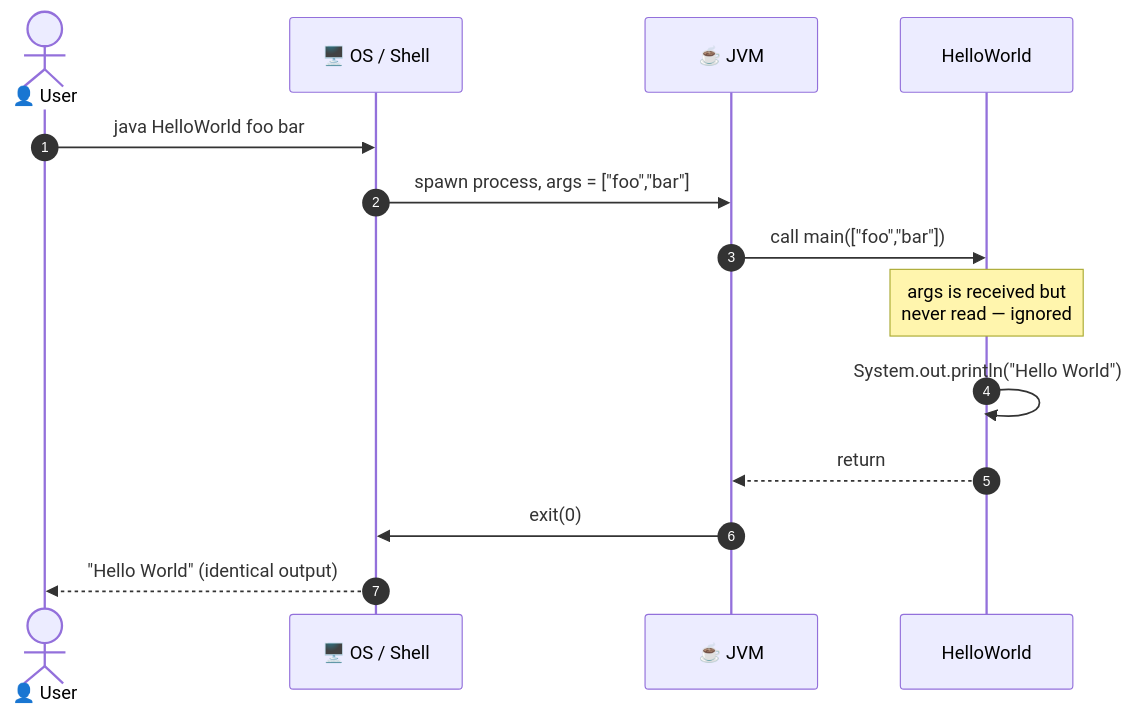
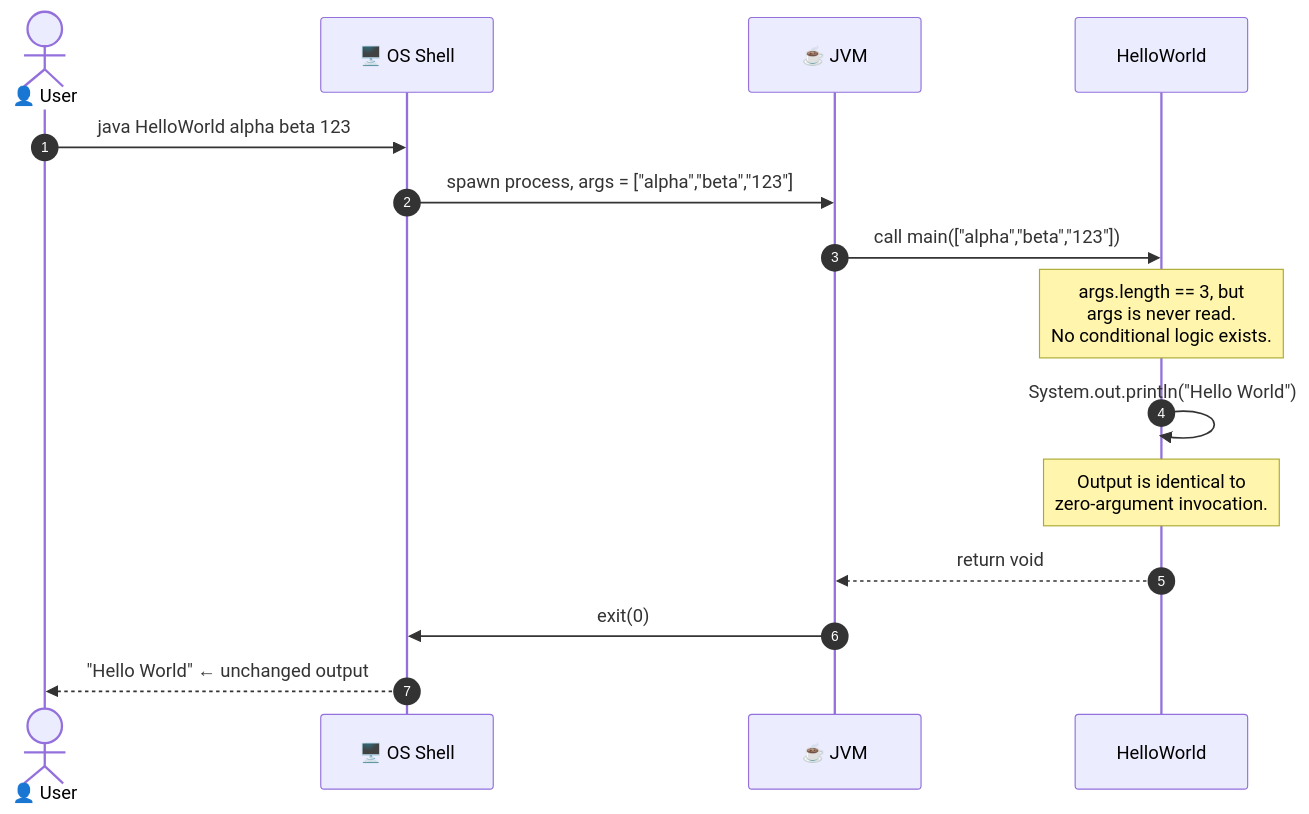
One commit to ktruchcz/copilot-test-ktruchcz changed the ninth of 21 diagrams in arc42-documentation.md. Above: the diagram before and after it, drawn with Mermaid. The commit also changed other lines of this file, not shown here.

First line of the commit message:
Generate comprehensive arc42 architecture documentation

````diff
--- a/arc42-documentation.md
+++ b/arc42-documentation.md
@@ -305,17 +443,18 @@
 ```mermaid
 sequenceDiagram
     autonumber
     actor User as 👤 User
-    participant OS as 🖥️ OS / Shell
+    participant Shell as 🖥️ OS Shell
     participant JVM as ☕ JVM
     participant HW as HelloWorld
 
-    User->>OS: java HelloWorld foo bar
-    OS->>JVM: spawn process, args = ["foo","bar"]
-    JVM->>HW: call main(["foo","bar"])
-    Note over HW: args is received but<br/>never read — ignored
+    User->>Shell: java HelloWorld alpha beta 123
+    Shell->>JVM: spawn process, args = ["alpha","beta","123"]
+    JVM->>HW: call main(["alpha","beta","123"])
+    Note over HW: args.length == 3, but<br/>args is never read.<br/>No conditional logic exists.
     HW->>HW: System.out.println("Hello World")
-    HW-->>JVM: return
-    JVM->>OS: exit(0)
-    OS-->>User: "Hello World" (identical output)
+    Note over HW: Output is identical to<br/>zero-argument invocation.
+    HW-->>JVM: return void
+    JVM->>Shell: exit(0)
+    Shell-->>User: "Hello World" ← unchanged output
 ```
````
